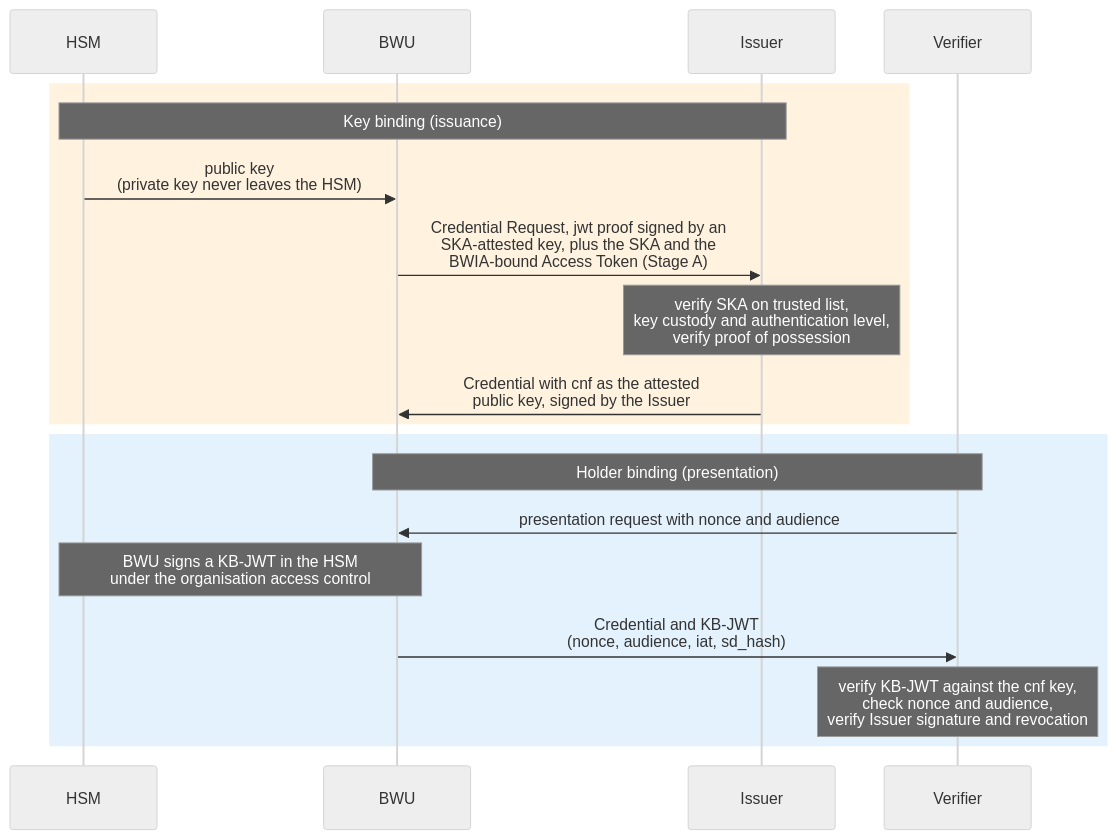
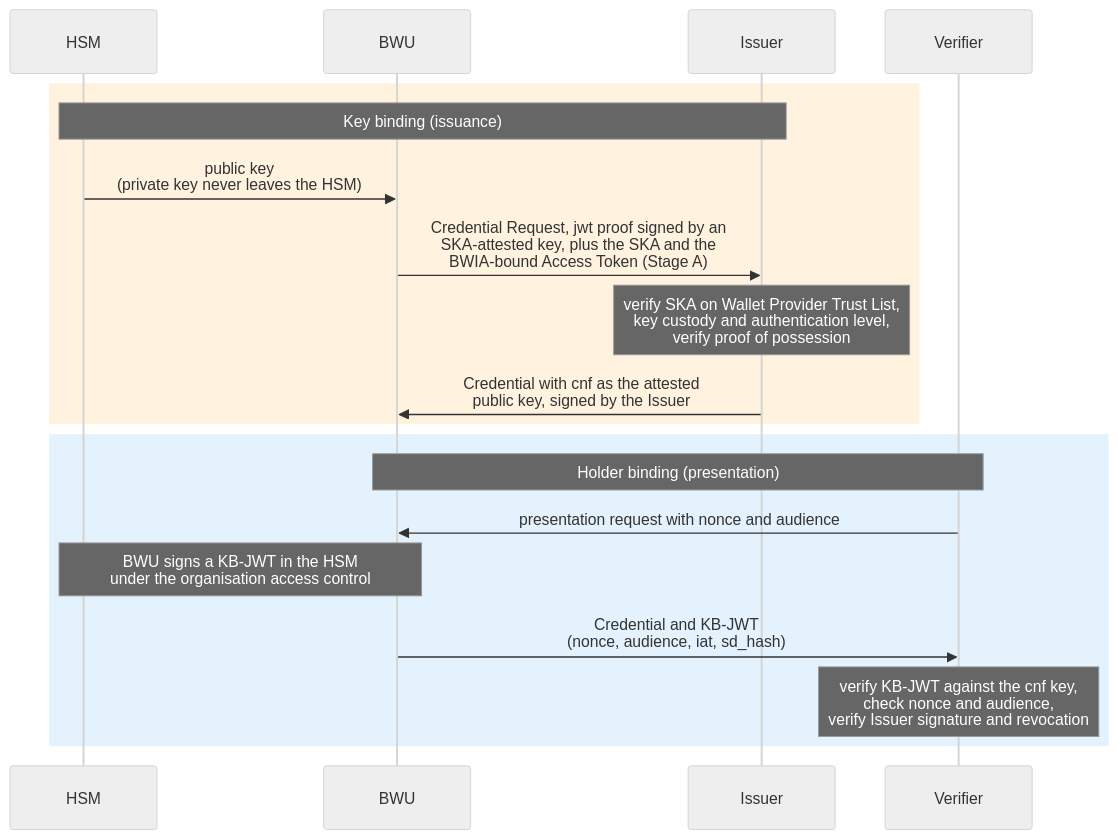
One commit to webuild-consortium/wp4-architecture changed the diagram in conformance-specs/cs-05-bwua-lifecycle.md. Above: the diagram before and after it, drawn with Mermaid (neutral theme). The commit also changed other lines of this file, not shown here.

First line of the commit message:
cs-05: require the Issuer to check the provider certificate against the Trust List

````diff
--- a/conformance-specs/cs-05-bwua-lifecycle.md
+++ b/conformance-specs/cs-05-bwua-lifecycle.md
@@ -707,21 +708,21 @@
 ```mermaid
 sequenceDiagram
   participant S as HSM
   participant W as BWU
   participant I as Issuer
   participant V as Verifier
   rect rgb(255, 243, 224)
   Note over S,I: Key binding (issuance)
   S->>W: public key<br/>(private key never leaves the HSM)
   W->>I: Credential Request, jwt proof signed by an<br/>SKA-attested key, plus the SKA and the<br/>BWIA-bound Access Token (Stage A)
-  Note over I: verify SKA on trusted list,<br/>key custody and authentication level,<br/>verify proof of possession
+  Note over I: verify SKA on Wallet Provider Trust List,<br/>key custody and authentication level,<br/>verify proof of possession
   I->>W: Credential with cnf as the attested<br/>public key, signed by the Issuer
   end
   rect rgb(227, 242, 253)
   Note over W,V: Holder binding (presentation)
   V->>W: presentation request with nonce and audience
   Note over S,W: BWU signs a KB-JWT in the HSM<br/>under the organisation access control
   W->>V: Credential and KB-JWT<br/>(nonce, audience, iat, sd_hash)
   Note over V: verify KB-JWT against the cnf key,<br/>check nonce and audience,<br/>verify Issuer signature and revocation
   end
 ```
````
